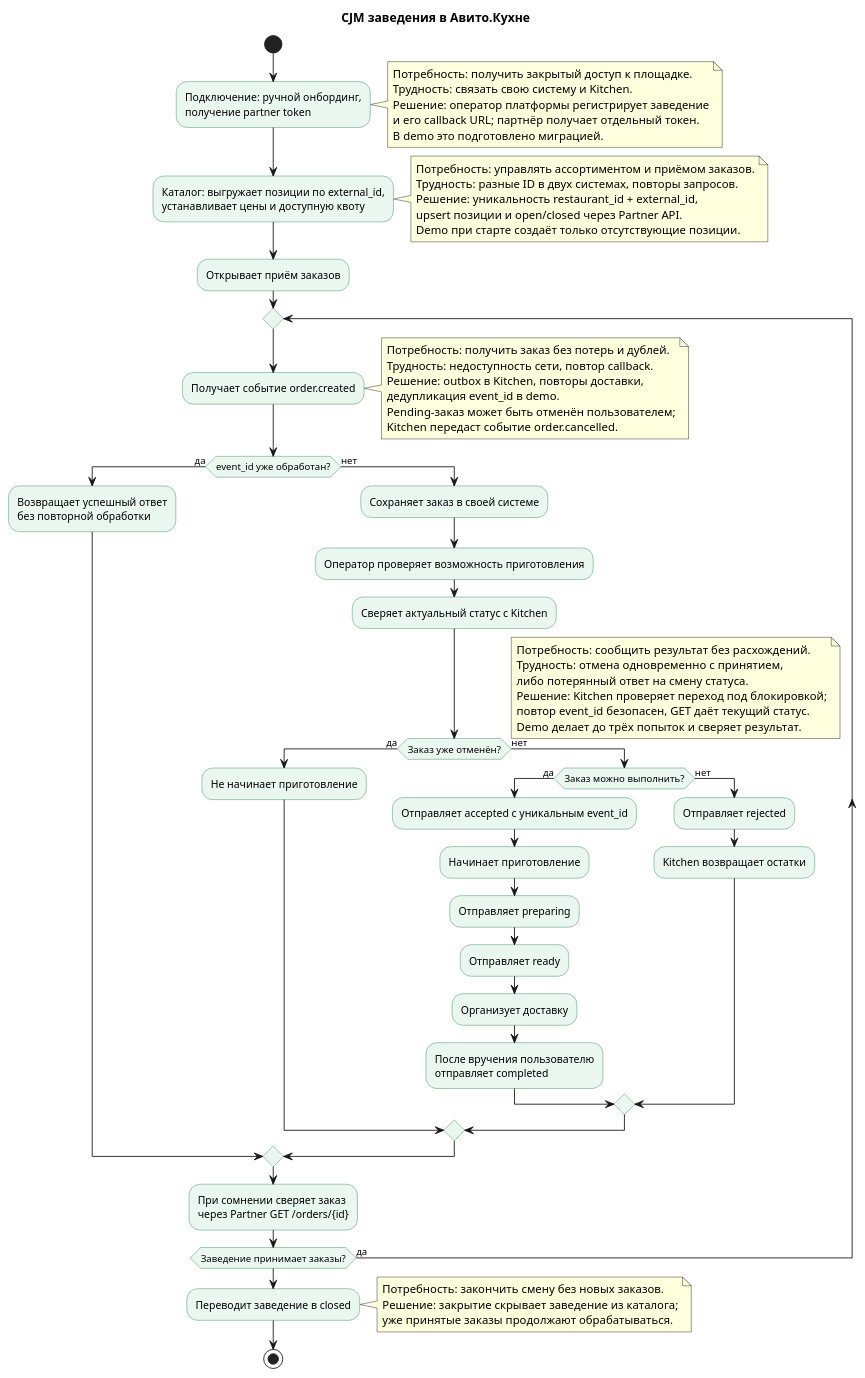
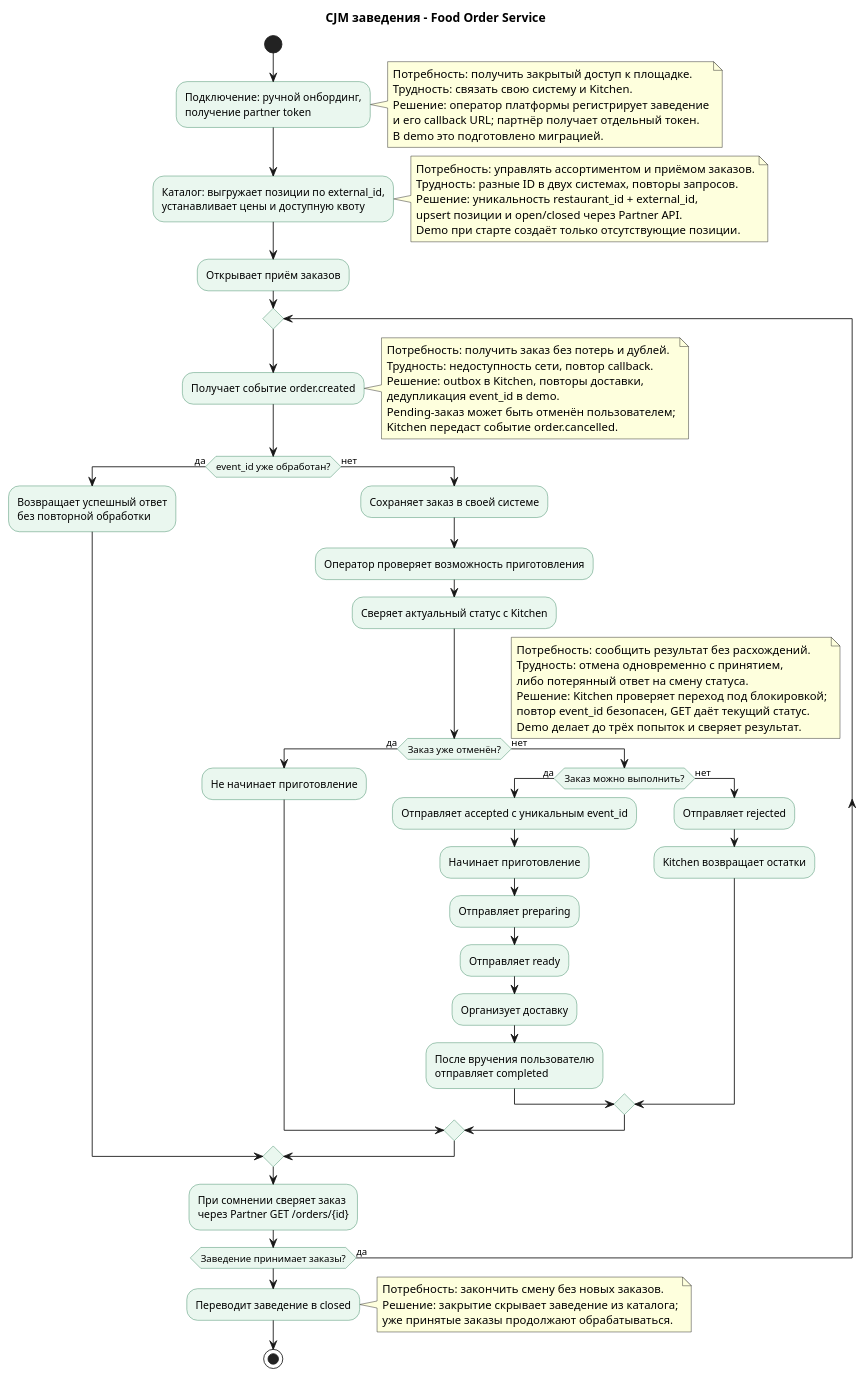
One commit to l3ssthanthree/food-order-service changed the diagram in docs/cjm-restaurant.puml. Above: the diagram before and after it, drawn with PlantUML. The commit also changed 9 other files, not shown here.

Commit message:
docs: present Food Order Service for backend portfolio

```diff
--- a/docs/cjm-restaurant.puml
+++ b/docs/cjm-restaurant.puml
@@ -1,85 +1,85 @@
 @startuml
-title CJM заведения в Авито.Кухне
+title CJM заведения - Food Order Service
 skinparam shadowing false
 skinparam activity {
   BackgroundColor #EAF7EF
   BorderColor #31835A
 }
 
 start
 :Подключение: ручной онбординг,
 получение partner token;
 note right
   Потребность: получить закрытый доступ к площадке.
   Трудность: связать свою систему и Kitchen.
   Решение: оператор платформы регистрирует заведение
   и его callback URL; партнёр получает отдельный токен.
   В demo это подготовлено миграцией.
 end note
 
 :Каталог: выгружает позиции по external_id,
 устанавливает цены и доступную квоту;
 note right
   Потребность: управлять ассортиментом и приёмом заказов.
   Трудность: разные ID в двух системах, повторы запросов.
   Решение: уникальность restaurant_id + external_id,
   upsert позиции и open/closed через Partner API.
   Demo при старте создаёт только отсутствующие позиции.
 end note
 
 :Открывает приём заказов;
 
 repeat
   :Получает событие order.created;
   note right
     Потребность: получить заказ без потерь и дублей.
     Трудность: недоступность сети, повтор callback.
     Решение: outbox в Kitchen, повторы доставки,
     дедупликация event_id в demo.
     Pending-заказ может быть отменён пользователем;
     Kitchen передаст событие order.cancelled.
   end note
   if (event_id уже обработан?) then (да)
     :Возвращает успешный ответ
     без повторной обработки;
   else (нет)
     :Сохраняет заказ в своей системе;
     :Оператор проверяет возможность приготовления;
     :Сверяет актуальный статус с Kitchen;
     if (Заказ уже отменён?) then (да)
       :Не начинает приготовление;
     else (нет)
     if (Заказ можно выполнить?) then (да)
       :Отправляет accepted с уникальным event_id;
       :Начинает приготовление;
       :Отправляет preparing;
       :Отправляет ready;
       :Организует доставку;
       :После вручения пользователю
       отправляет completed;
     else (нет)
       :Отправляет rejected;
       :Kitchen возвращает остатки;
     endif
     endif
     note right
       Потребность: сообщить результат без расхождений.
       Трудность: отмена одновременно с принятием,
       либо потерянный ответ на смену статуса.
       Решение: Kitchen проверяет переход под блокировкой;
       повтор event_id безопасен, GET даёт текущий статус.
       Demo делает до трёх попыток и сверяет результат.
     end note
   endif
   :При сомнении сверяет заказ
   через Partner GET /orders/{id};
 repeat while (Заведение принимает заказы?) is (да)
 
 :Переводит заведение в closed;
 note right
   Потребность: закончить смену без новых заказов.
   Решение: закрытие скрывает заведение из каталога;
   уже принятые заказы продолжают обрабатываться.
 end note
 stop
 @enduml
```
